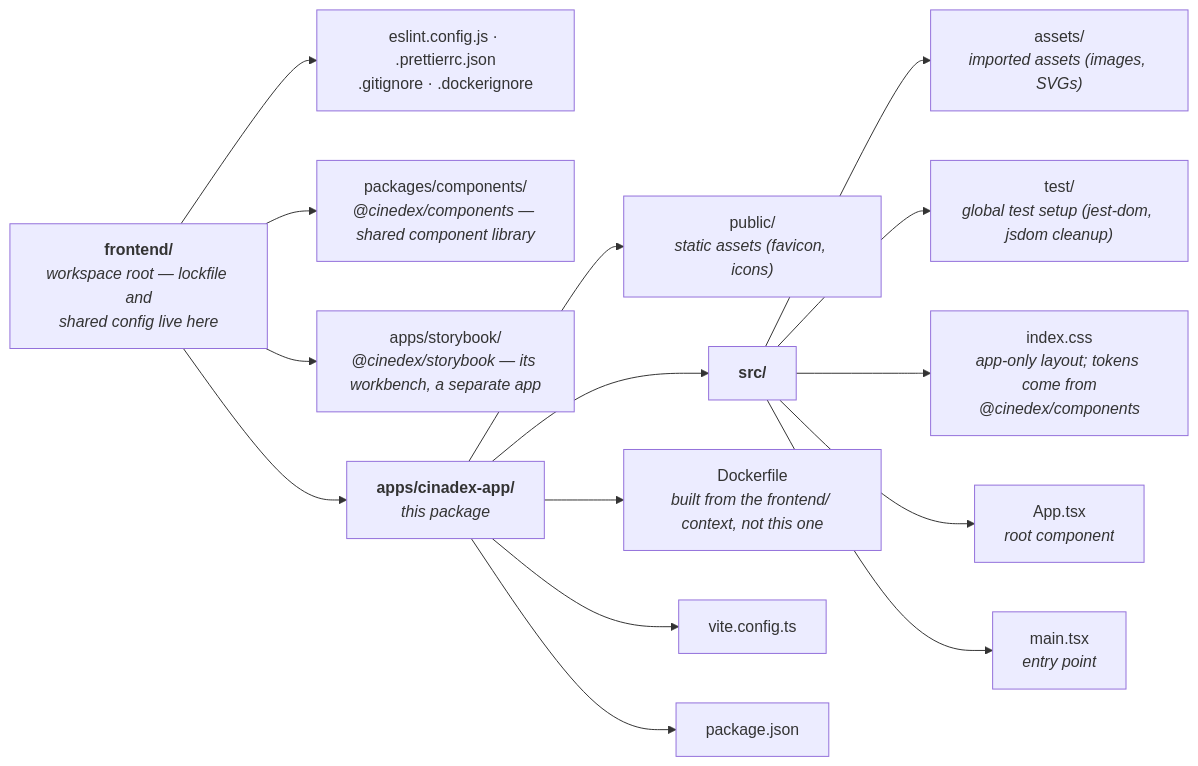
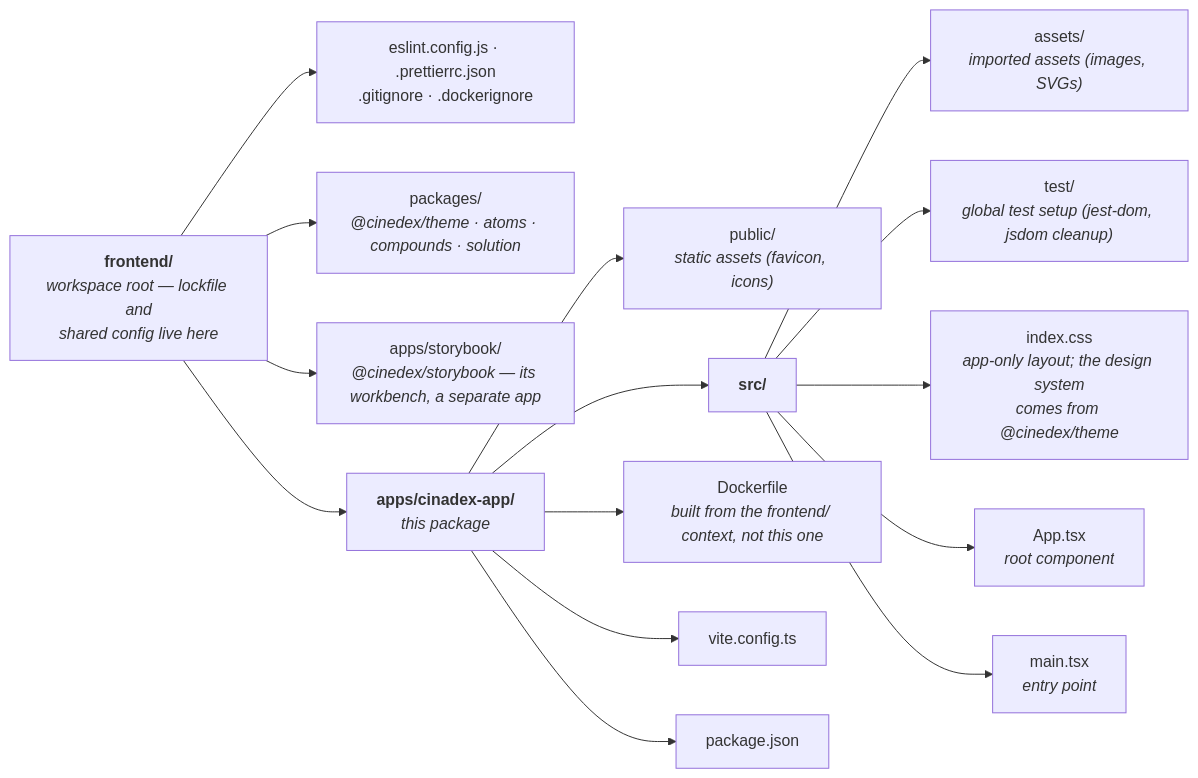
The diagram in frontend/apps/cinadex-app/README.md (felipedferreira/Cinedex), drawn with Mermaid before and after one commit. The commit also changed other lines of this file and 192 other files, not shown here.

````diff
--- a/frontend/apps/cinadex-app/README.md
+++ b/frontend/apps/cinadex-app/README.md
@@ -9,21 +9,21 @@
 ```mermaid
 flowchart LR
     FE["<b>frontend/</b><br/><i>workspace root — lockfile and<br/>shared config live here</i>"]
 
     FE --> CFG["eslint.config.js · .prettierrc.json<br/>.gitignore · .dockerignore"]
-    FE --> COMP["packages/components/<br/><i>@cinedex/components — shared component library</i>"]
+    FE --> COMP["packages/<br/><i>@cinedex/theme · atoms · compounds · solution</i>"]
     FE --> SB["apps/storybook/<br/><i>@cinedex/storybook — its workbench, a separate app</i>"]
     FE --> APP["<b>apps/cinadex-app/</b><br/><i>this package</i>"]
 
     APP --> PUB["public/<br/><i>static assets (favicon, icons)</i>"]
     APP --> SRC["<b>src/</b>"]
     APP --> DOCKER["Dockerfile<br/><i>built from the frontend/ context, not this one</i>"]
     APP --> VITE["vite.config.ts"]
     APP --> PKG["package.json"]
 
     SRC --> S1["assets/<br/><i>imported assets (images, SVGs)</i>"]
     SRC --> S2["test/<br/><i>global test setup (jest-dom, jsdom cleanup)</i>"]
-    SRC --> S3["index.css<br/><i>app-only layout; tokens come from<br/>@cinedex/components</i>"]
+    SRC --> S3["index.css<br/><i>app-only layout; the design system<br/>comes from @cinedex/theme</i>"]
     SRC --> S4["App.tsx<br/><i>root component</i>"]
     SRC --> S5["main.tsx<br/><i>entry point</i>"]
 ```
````
